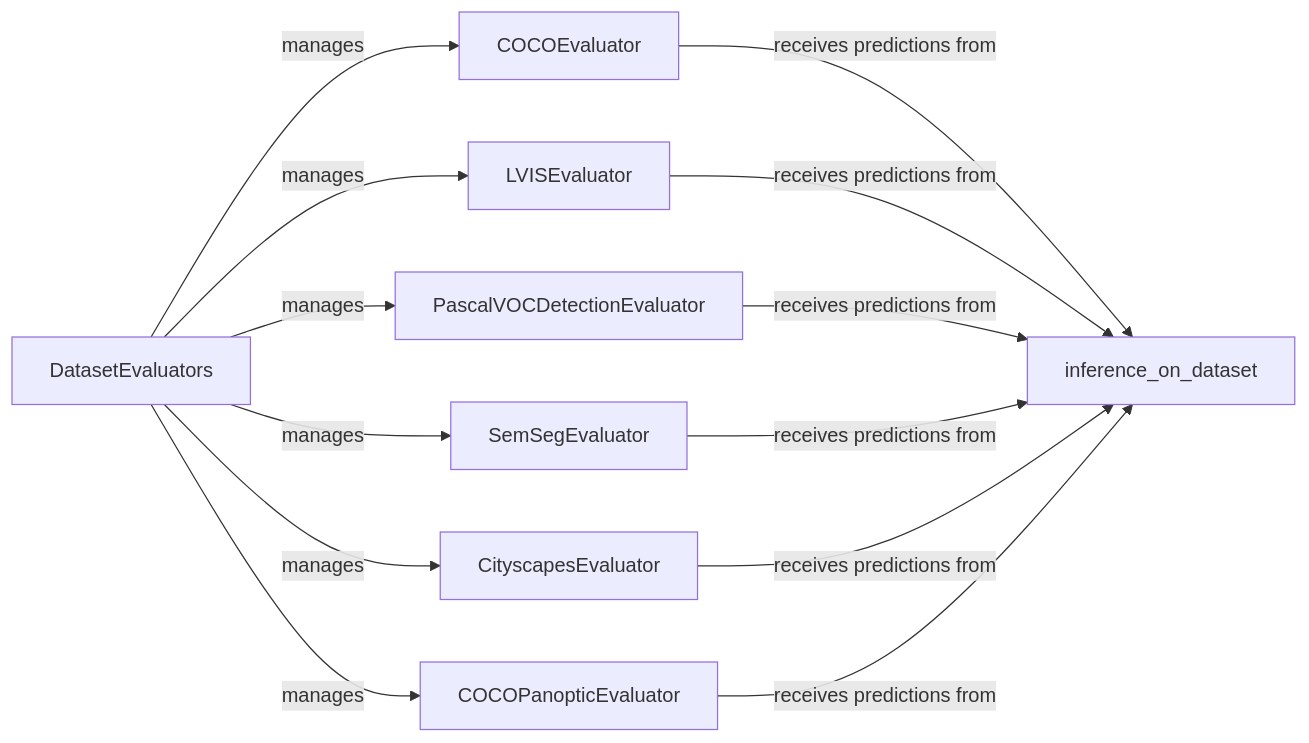
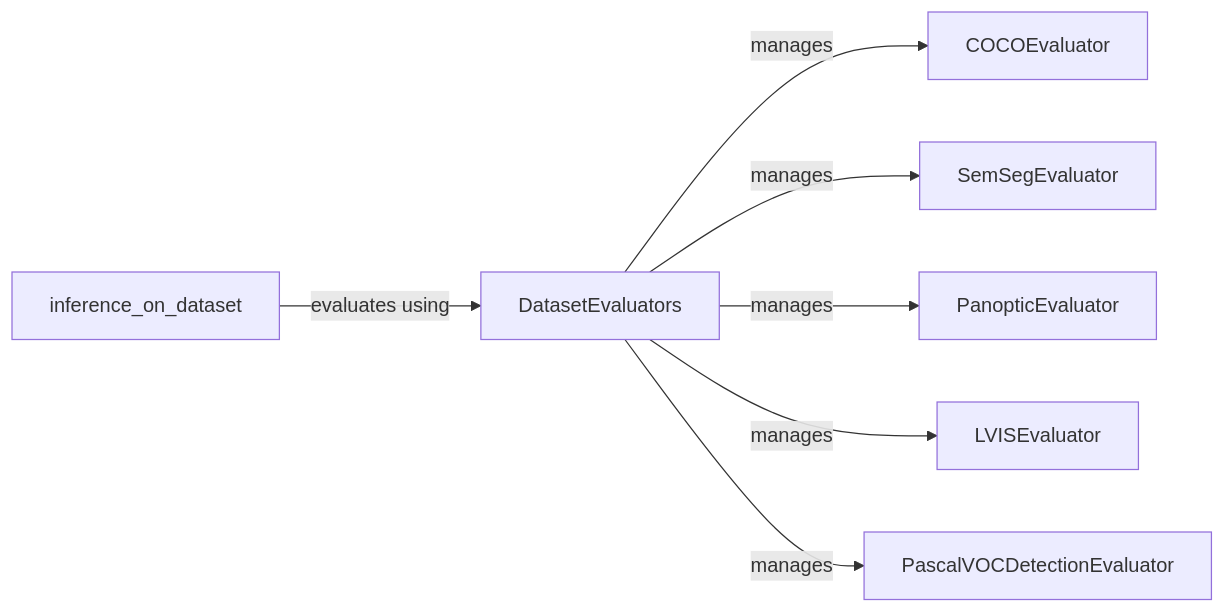
Before and after one commit to CodeBoarding/GeneratedOnBoardings: the diagram in detectron2/Evaluation and Metrics.md, drawn with Mermaid. The commit also changed other lines of this file and 5 other files, not shown here.

````diff
--- a/detectron2/Evaluation and Metrics.md
+++ b/detectron2/Evaluation and Metrics.md
@@ -1,23 +1,16 @@
 ```mermaid
 graph LR
     DatasetEvaluators["DatasetEvaluators"]
+    inference_on_dataset["inference_on_dataset"]
     COCOEvaluator["COCOEvaluator"]
+    SemSegEvaluator["SemSegEvaluator"]
+    PanopticEvaluator["PanopticEvaluator"]
     LVISEvaluator["LVISEvaluator"]
     PascalVOCDetectionEvaluator["PascalVOCDetectionEvaluator"]
-    SemSegEvaluator["SemSegEvaluator"]
-    CityscapesEvaluator["CityscapesEvaluator"]
-    COCOPanopticEvaluator["COCOPanopticEvaluator"]
-    inference_on_dataset["inference_on_dataset"]
     DatasetEvaluators -- "manages" --> COCOEvaluator
+    DatasetEvaluators -- "manages" --> SemSegEvaluator
+    DatasetEvaluators -- "manages" --> PanopticEvaluator
     DatasetEvaluators -- "manages" --> LVISEvaluator
     DatasetEvaluators -- "manages" --> PascalVOCDetectionEvaluator
-    DatasetEvaluators -- "manages" --> SemSegEvaluator
-    DatasetEvaluators -- "manages" --> CityscapesEvaluator
-    DatasetEvaluators -- "manages" --> COCOPanopticEvaluator
-    COCOEvaluator -- "receives predictions from" --> inference_on_dataset
-    LVISEvaluator -- "receives predictions from" --> inference_on_dataset
-    PascalVOCDetectionEvaluator -- "receives predictions from" --> inference_on_dataset
-    SemSegEvaluator -- "receives predictions from" --> inference_on_dataset
-    CityscapesEvaluator -- "receives predictions from" --> inference_on_dataset
-    COCOPanopticEvaluator -- "receives predictions from" --> inference_on_dataset
+    inference_on_dataset -- "evaluates using" --> DatasetEvaluators
 ```
````
